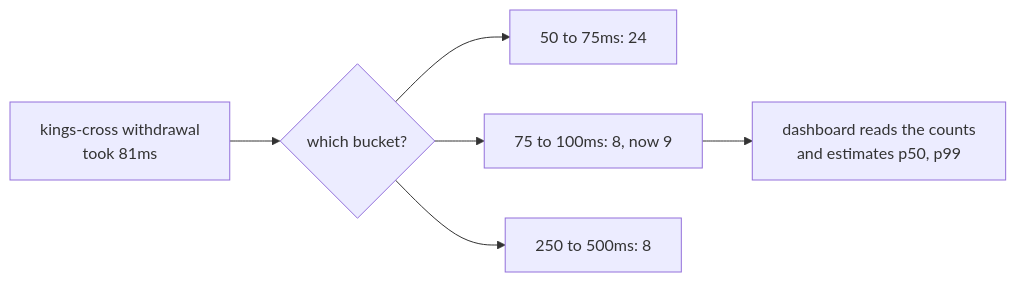
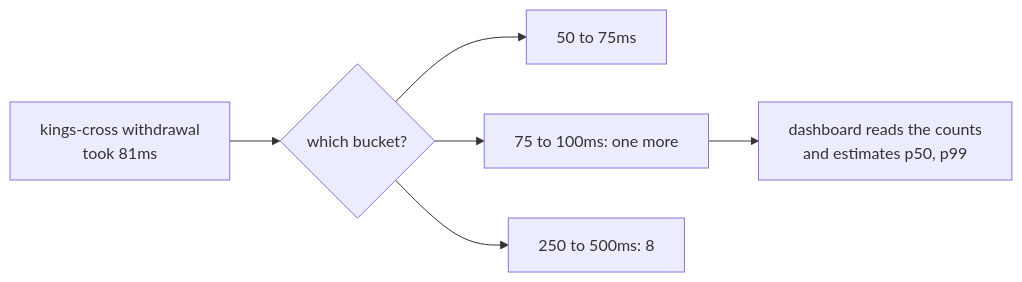
Before and after one commit to jagreehal/nodejs-opentelemetry-workshop: the diagram in src/09-the-dashboard/README.md, drawn with Mermaid. The commit also changed other lines of this file and 29 other files, not shown here.

````diff
--- a/src/09-the-dashboard/README.md
+++ b/src/09-the-dashboard/README.md
@@ -114,8 +118,8 @@
 ```mermaid
 flowchart LR
   W["kings-cross withdrawal<br/>took 81ms"] --> R{"which bucket?"}
-  R --> B1["50 to 75ms: 24"]
-  R --> B2["75 to 100ms: 8, now 9"]
+  R --> B1["50 to 75ms"]
+  R --> B2["75 to 100ms: one more"]
   R --> B3["250 to 500ms: 8"]
   B2 --> D["dashboard reads the counts<br/>and estimates p50, p99"]
 ```
````
